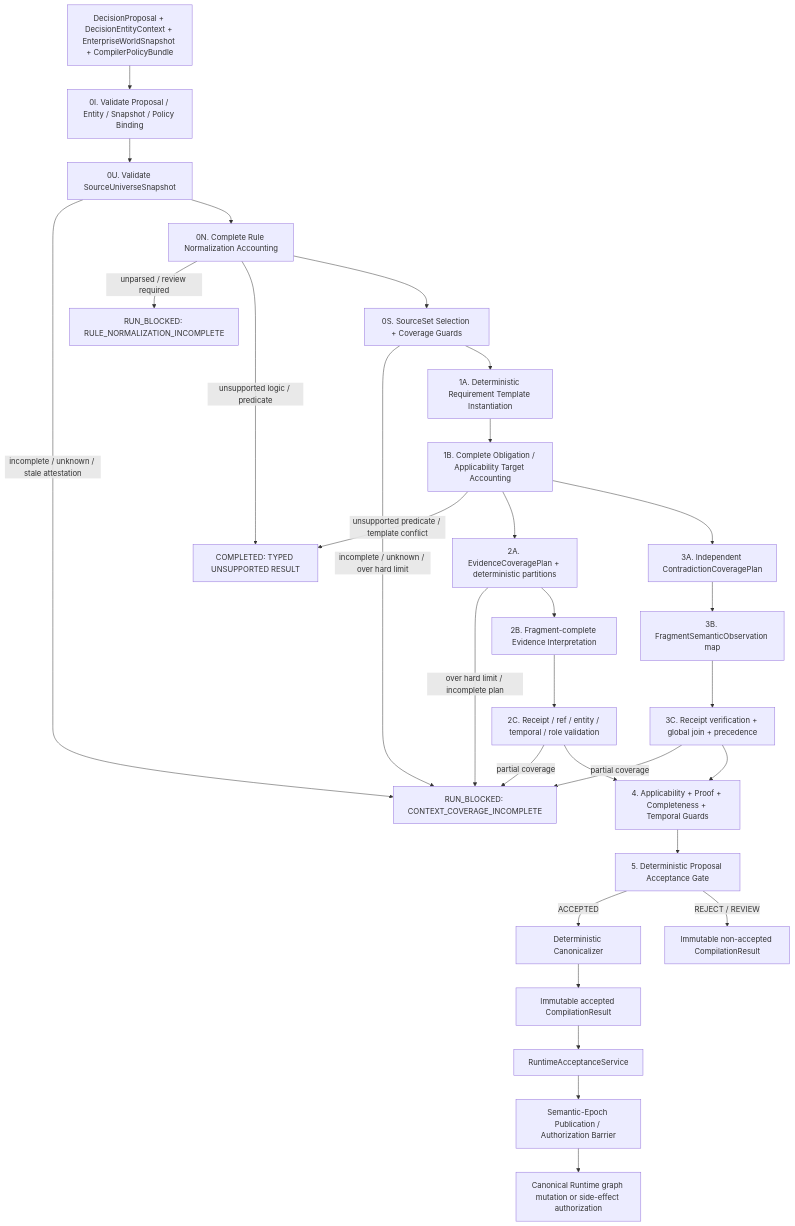
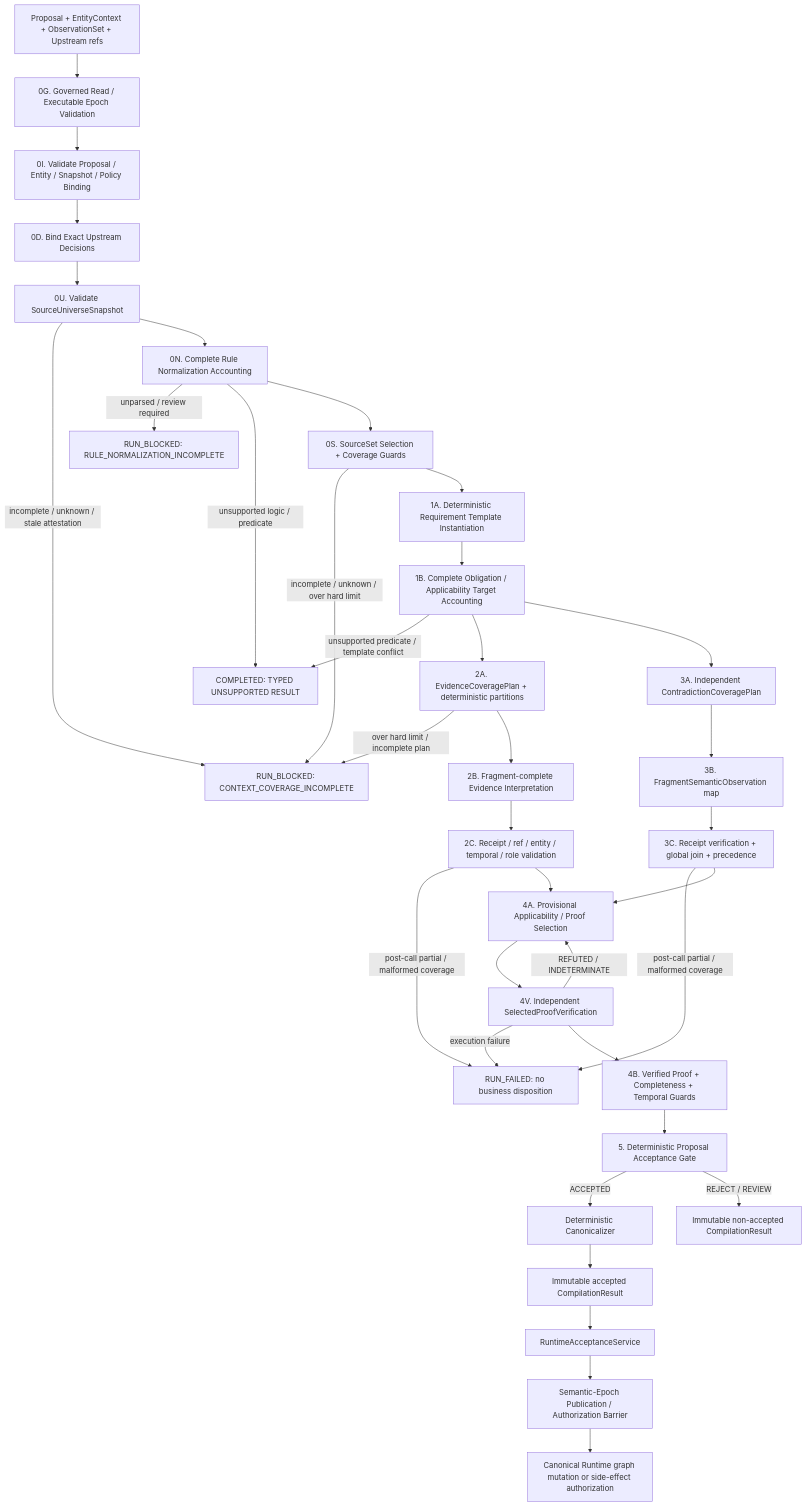
One commit to dabaitudiu/continuum changed the diagram in docs/continuum_module_01_semantic_dependency_compiler/15_REPLACEMENT_ARCHITECTURE.md. Above: the diagram before and after it, drawn with Mermaid. The commit also changed other lines of this file and 18 other files, not shown here.

Commit message:
docs: revise option B architecture to revision 5

````diff
--- a/docs/continuum_module_01_semantic_dependency_compiler/15_REPLACEMENT_ARCHITECTURE.md
+++ b/docs/continuum_module_01_semantic_dependency_compiler/15_REPLACEMENT_ARCHITECTURE.md
@@ -378,32 +511,38 @@
 ```mermaid
 flowchart TD
-    A[DecisionProposal + DecisionEntityContext + EnterpriseWorldSnapshot + CompilerPolicyBundle] --> V[0I. Validate Proposal / Entity / Snapshot / Policy Binding]
-    V --> U[0U. Validate SourceUniverseSnapshot]
+    A[Proposal + EntityContext + ObservationSet + Upstream refs] --> G[0G. Governed Read / Executable Epoch Validation]
+    G --> V[0I. Validate Proposal / Entity / Snapshot / Policy Binding]
+    V --> D[0D. Bind Exact Upstream Decisions]
+    D --> U[0U. Validate SourceUniverseSnapshot]
     U -->|incomplete / unknown / stale attestation| RB[RUN_BLOCKED: CONTEXT_COVERAGE_INCOMPLETE]
     U --> NR[0N. Complete Rule Normalization Accounting]
     NR -->|unparsed / review required| RNB[RUN_BLOCKED: RULE_NORMALIZATION_INCOMPLETE]
     NR -->|unsupported logic / predicate| UP[COMPLETED: TYPED UNSUPPORTED RESULT]
     NR --> S[0S. SourceSet Selection + Coverage Guards]
     S -->|incomplete / unknown / over hard limit| RB
     S --> R[1A. Deterministic Requirement Template Instantiation]
     R --> RC[1B. Complete Obligation / Applicability Target Accounting]
     RC -->|unsupported predicate / template conflict| UP
     RC --> EP[2A. EvidenceCoveragePlan + deterministic partitions]
     EP -->|over hard limit / incomplete plan| RB
     EP --> EM[2B. Fragment-complete Evidence Interpretation]
     EM --> EV[2C. Receipt / ref / entity / temporal / role validation]
-    EV -->|partial coverage| RB
+    EV -->|post-call partial / malformed coverage| RF
     RC --> CP[3A. Independent ContradictionCoveragePlan]
     CP --> CM[3B. FragmentSemanticObservation map]
     CM --> CR[3C. Receipt verification + global join + precedence]
-    CR -->|partial coverage| RB
-    EV --> H[4. Applicability + Proof + Completeness + Temporal Guards]
-    CR --> H
+    CR -->|post-call partial / malformed coverage| RF
+    EV --> PS[4A. Provisional Applicability / Proof Selection]
+    CR --> PS
+    PS --> PV[4V. Independent SelectedProofVerification]
+    PV -->|REFUTED / INDETERMINATE| PS
+    PV -->|execution failure| RF[RUN_FAILED: no business disposition]
+    PV --> H[4B. Verified Proof + Completeness + Temporal Guards]
     H --> I[5. Deterministic Proposal Acceptance Gate]
     I -->|ACCEPTED| J[Deterministic Canonicalizer]
     I -->|REJECT / REVIEW| K[Immutable non-accepted CompilationResult]
     J --> L[Immutable accepted CompilationResult]
     L --> M[RuntimeAcceptanceService]
     M --> EPOCH[Semantic-Epoch Publication / Authorization Barrier]
     EPOCH --> RT[Canonical Runtime graph mutation or side-effect authorization]
 ```
````
